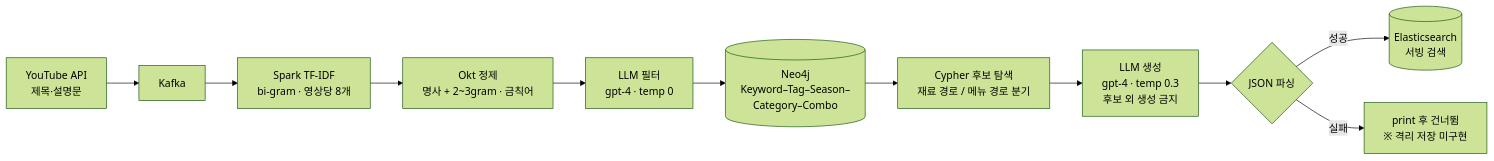
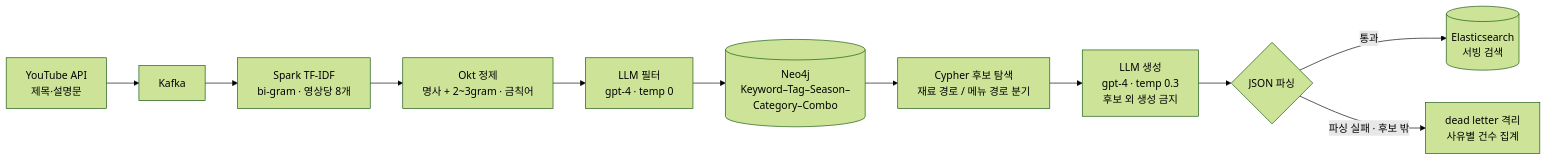
One commit to sozerong/SMU_CAPSTONE changed the diagram in readme.md. Above: the diagram before and after it, drawn with Mermaid (forest theme). The commit also changed other lines of this file and 4 other files, not shown here.

````diff
--- a/readme.md
+++ b/readme.md
@@ -22,13 +22,13 @@
 ```mermaid
 flowchart LR
   Y[YouTube API<br/>제목·설명문] --> K[Kafka]
   K --> S[Spark TF-IDF<br/>bi-gram · 영상당 8개]
   S --> O[Okt 정제<br/>명사 + 2~3gram · 금칙어]
   O --> F[LLM 필터<br/>gpt-4 · temp 0]
   F --> N[(Neo4j<br/>Keyword–Tag–Season–Category–Combo)]
   N --> C[Cypher 후보 탐색<br/>재료 경로 / 메뉴 경로 분기]
   C --> L[LLM 생성<br/>gpt-4 · temp 0.3<br/>후보 외 생성 금지]
   L --> V{JSON 파싱}
-  V -->|성공| E[(Elasticsearch<br/>서빙 검색)]
-  V -->|실패| X[print 후 건너뜀<br/>※ 격리 저장 미구현]
+  V -->|통과| E[(Elasticsearch<br/>서빙 검색)]
+  V -->|파싱 실패 · 후보 밖| X[dead letter 격리<br/>사유별 건수 집계]
 ```
````
